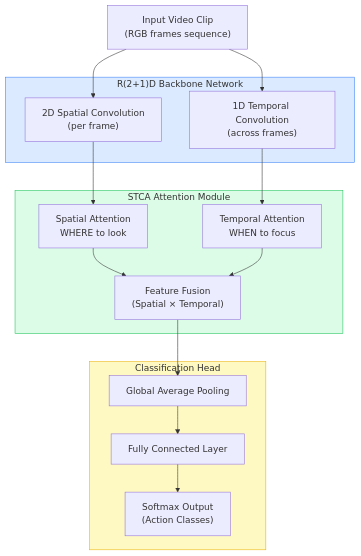
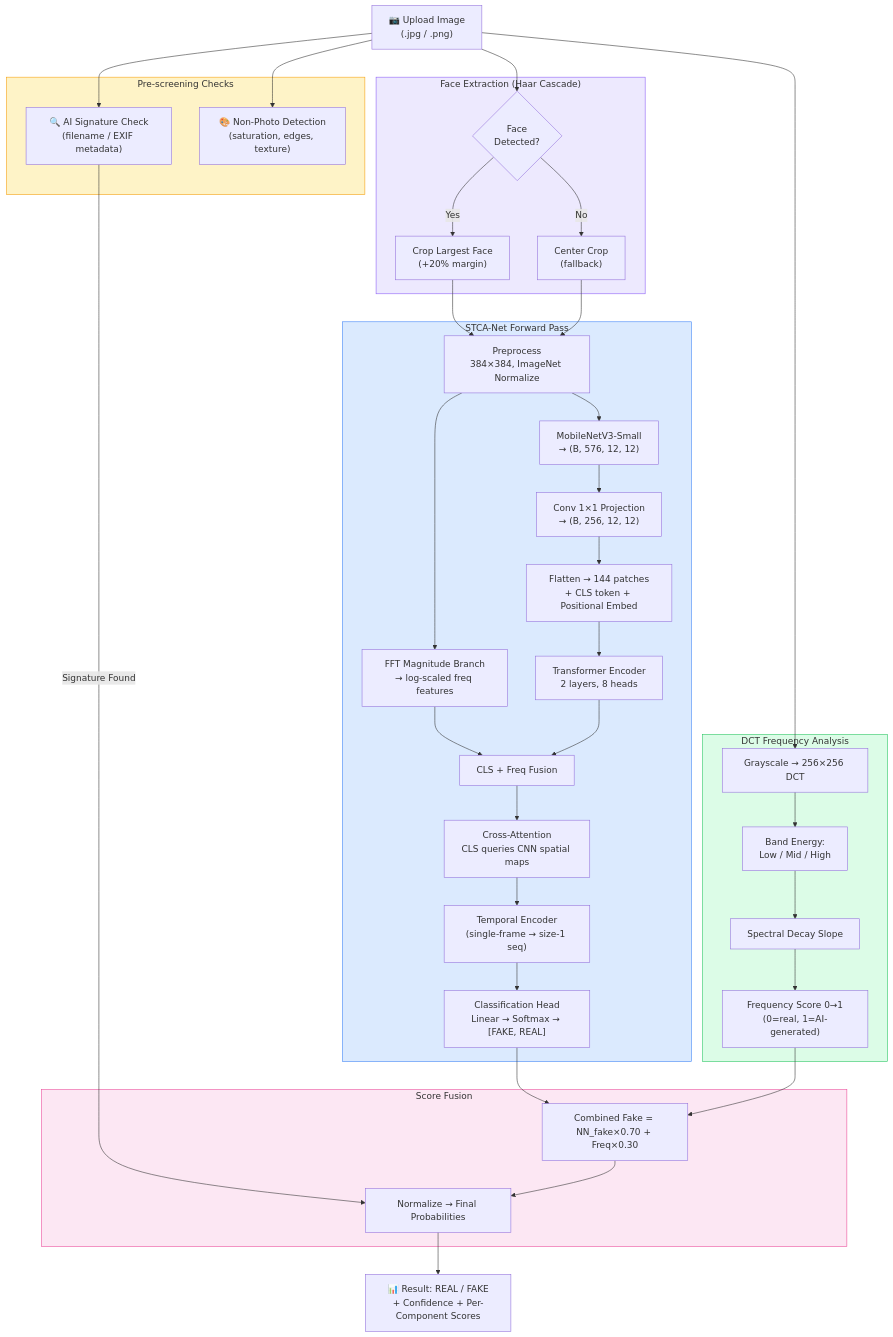
One commit to Ramanakumarreddy/STCA-Net-Project changed the second of 8 diagrams in STCA_Net_System_Overview_Diagrams.md. Above: the diagram before and after it, drawn with Mermaid. The commit also changed other lines of this file and 4 other files, not shown here.

Commit message:
feat: implement STCA-Net model architecture and core video analysis utilities while updating project documentation.

````diff
--- a/STCA_Net_System_Overview_Diagrams.md
+++ b/STCA_Net_System_Overview_Diagrams.md
@@ -72,35 +69,67 @@
 ```mermaid
 flowchart TD
-    A[" Input Video Clip\n(RGB frames sequence)"]
+    A["📷 Upload Image\n(.jpg / .png)"]
 
-    subgraph Backbone["R(2+1)D Backbone Network"]
-        B["2D Spatial Convolution\n(per frame)"]
-        C["1D Temporal Convolution\n(across frames)"]
+    subgraph PreScreen["Pre-screening Checks"]
+        B["🔍 AI Signature Check\n(filename / EXIF metadata)"]
+        C["🎨 Non-Photo Detection\n(saturation, edges, texture)"]
     end
 
-    subgraph STCA_Module["STCA Attention Module"]
-        D["Spatial Attention\n WHERE to look"]
-        E["Temporal Attention\n WHEN to focus"]
-        F["Feature Fusion\n(Spatial × Temporal)"]
+    subgraph FaceExtract["Face Extraction (Haar Cascade)"]
+        D{"Face\nDetected?"}
+        D -- Yes --> E["Crop Largest Face\n(+20% margin)"]
+        D -- No  --> F["Center Crop\n(fallback)"]
     end
 
-    subgraph Classifier["Classification Head"]
-        G["Global Average Pooling"]
-        H["Fully Connected Layer"]
-        I["Softmax Output\n(Action Classes)"]
+    subgraph STCANet["STCA-Net Forward Pass"]
+        G["Preprocess\n384×384, ImageNet Normalize"]
+        H["MobileNetV3-Small\n→ (B, 576, 12, 12)"]
+        I["Conv 1×1 Projection\n→ (B, 256, 12, 12)"]
+        J["Flatten → 144 patches\n+ CLS token + Positional Embed"]
+        K["Transformer Encoder\n2 layers, 8 heads"]
+        L["FFT Magnitude Branch\n→ log-scaled freq features"]
+        M["CLS + Freq Fusion"]
+        N["Cross-Attention\nCLS queries CNN spatial maps"]
+        O["Temporal Encoder\n(single-frame → size-1 seq)"]
+        P["Classification Head\nLinear → Softmax → [FAKE, REAL]"]
     end
+
+    subgraph FreqAnalysis["DCT Frequency Analysis"]
+        Q["Grayscale → 256×256 DCT"]
+        R["Band Energy:\nLow / Mid / High"]
+        S["Spectral Decay Slope"]
+        T["Frequency Score 0→1\n(0=real, 1=AI-generated)"]
+    end
+
+    subgraph Fusion["Score Fusion"]
+        U["Combined Fake = NN_fake×0.70 + Freq×0.30"]
+        V["Normalize → Final Probabilities"]
+    end
+
+    W["📊 Result: REAL / FAKE\n+ Confidence + Per-Component Scores"]
 
     A --> B
     A --> C
-    B --> D
-    C --> E
-    D --> F
-    E --> F
+    A --> D
+    E --> G
     F --> G
-    G --> H
-    H --> I
+    G --> H --> I --> J --> K
+    G --> L
+    L --> M
+    K --> M
+    M --> N
+    N --> O --> P
 
-    style Backbone fill:#dbeafe,stroke:#3b82f6
-    style STCA_Module fill:#dcfce7,stroke:#22c55e
-    style Classifier fill:#fef9c3,stroke:#eab308
+    A --> Q --> R --> S --> T
+
+    P --> U
+    T --> U
+    B -- "Signature Found" --> V
+    U --> V --> W
+
+    style PreScreen fill:#fef3c7,stroke:#f59e0b
+    style FaceExtract fill:#ede9fe,stroke:#8b5cf6
+    style STCANet fill:#dbeafe,stroke:#3b82f6
+    style FreqAnalysis fill:#dcfce7,stroke:#22c55e
+    style Fusion fill:#fce7f3,stroke:#ec4899
 ```
````
